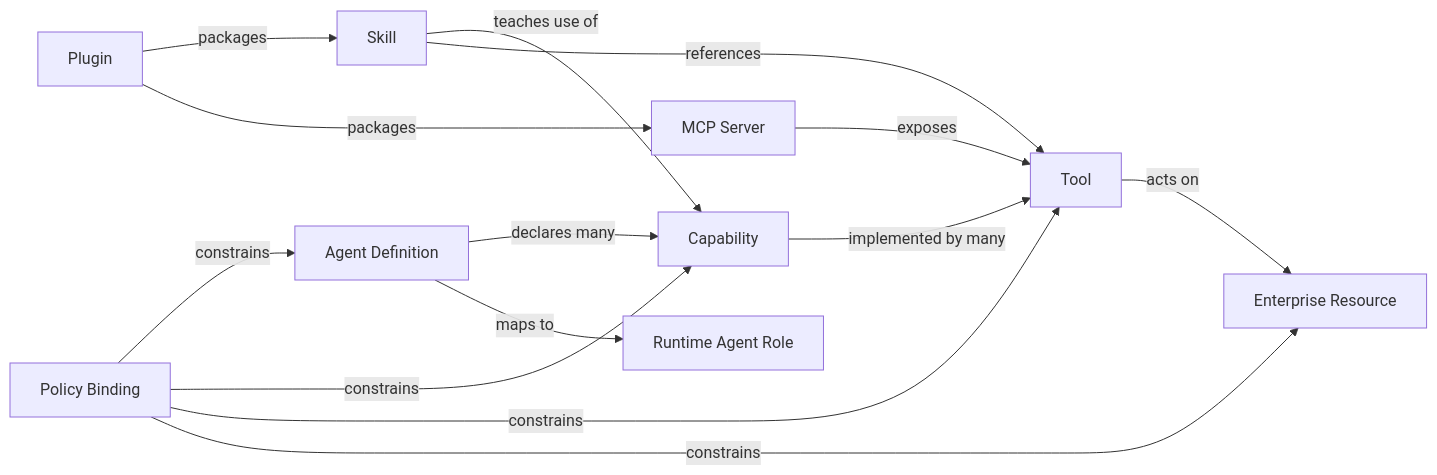
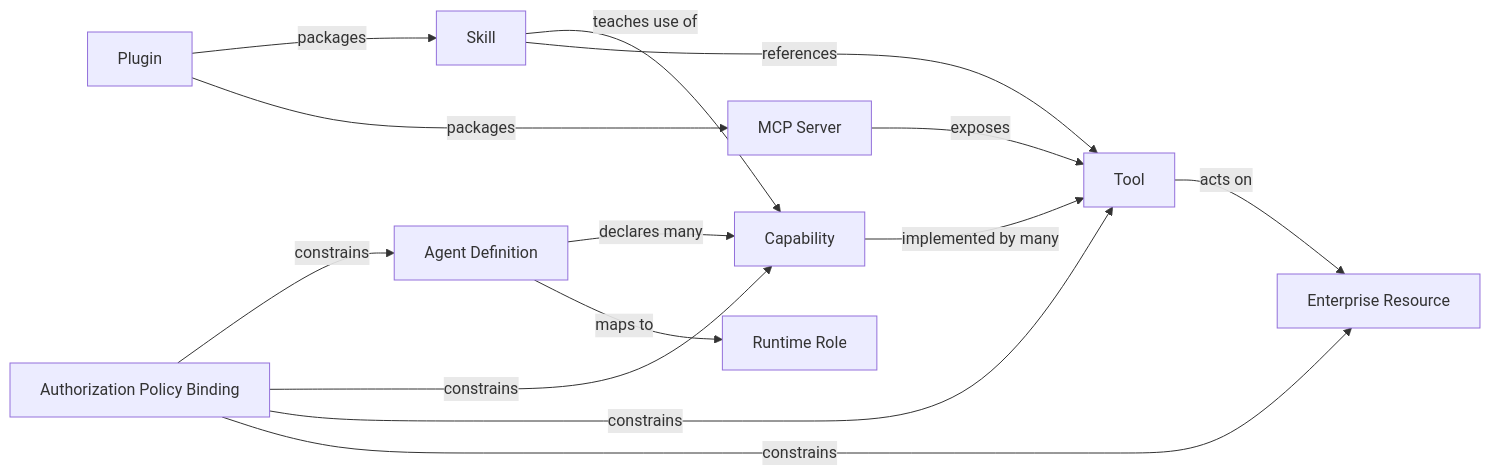
Before and after one commit to JO-WTF/open-web-codex: the first of 6 diagrams in docs/enterprise-agent-platform-architecture.md, drawn with Mermaid. The commit also changed other lines of this file, not shown here.

Commit message:
docs: refine enterprise agent platform architecture

````diff
--- a/docs/enterprise-agent-platform-architecture.md
+++ b/docs/enterprise-agent-platform-architecture.md
@@ -1266,26 +1091,26 @@
 ```mermaid
 flowchart LR
     AD["Agent Definition"]
     CAP["Capability"]
     SK["Skill"]
     PL["Plugin"]
     TOOL["Tool"]
     MCP["MCP Server"]
     RES["Enterprise Resource"]
-    POL["Policy Binding"]
-    ROLE["Runtime Agent Role"]
+    POL["Authorization Policy Binding"]
+    ROLE["Runtime Role"]
 
     AD -- "declares many" --> CAP
     AD -- "maps to" --> ROLE
     CAP -- "implemented by many" --> TOOL
     SK -- "teaches use of" --> CAP
     SK -- "references" --> TOOL
     PL -- "packages" --> SK
     PL -- "packages" --> MCP
     MCP -- "exposes" --> TOOL
     TOOL -- "acts on" --> RES
     POL -- "constrains" --> AD
     POL -- "constrains" --> CAP
     POL -- "constrains" --> TOOL
     POL -- "constrains" --> RES
 ```
````
